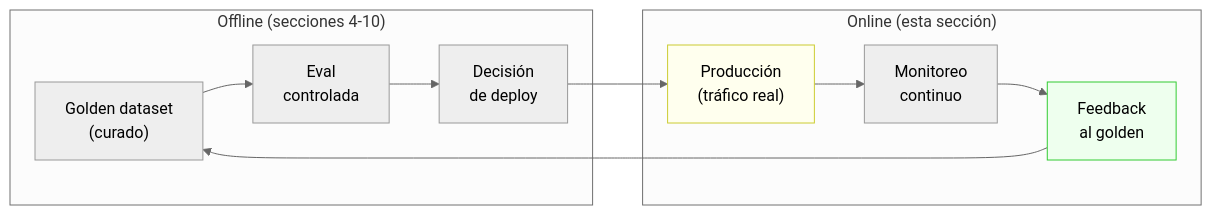
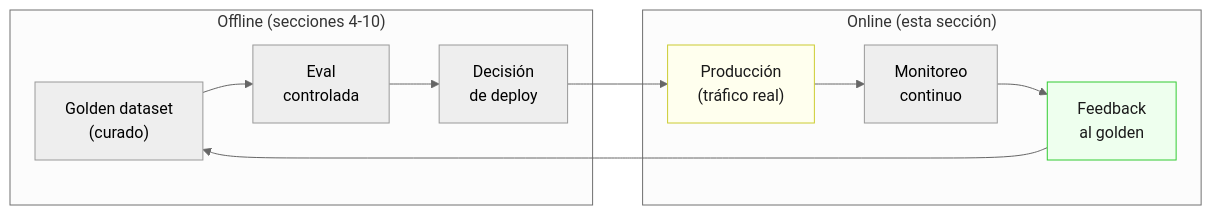
One commit to Alonsomar/estudio-personal changed the first of 8 diagrams in 01-evals/theory/11-online-evals.md. Above: the diagram before and after it, drawn with Mermaid (neutral theme). The commit also changed other lines of this file and 20 other files, not shown here.

First line of the commit message:
fix(docs): texto oscuro en nodos Mermaid para legibilidad en modo oscuro

````diff
--- a/01-evals/theory/11-online-evals.md
+++ b/01-evals/theory/11-online-evals.md
@@ -22,17 +22,17 @@
 ```mermaid
 graph LR
     subgraph "Offline (secciones 4-10)"
         G["Golden dataset<br/>(curado)"] --> E["Eval<br/>controlada"]
         E --> D["Decisión<br/>de deploy"]
     end
     
     subgraph "Online (esta sección)"
         D --> P["Producción<br/>(tráfico real)"]
         P --> M["Monitoreo<br/>continuo"]
         M --> F["Feedback<br/>al golden"]
         F --> G
     end
     
-    style P fill:#ffe,stroke:#cc3
-    style F fill:#efe,stroke:#3c3
+    style P fill:#ffe,stroke:#cc3,color:#1a1a1a
+    style F fill:#efe,stroke:#3c3,color:#1a1a1a
 ```
````
